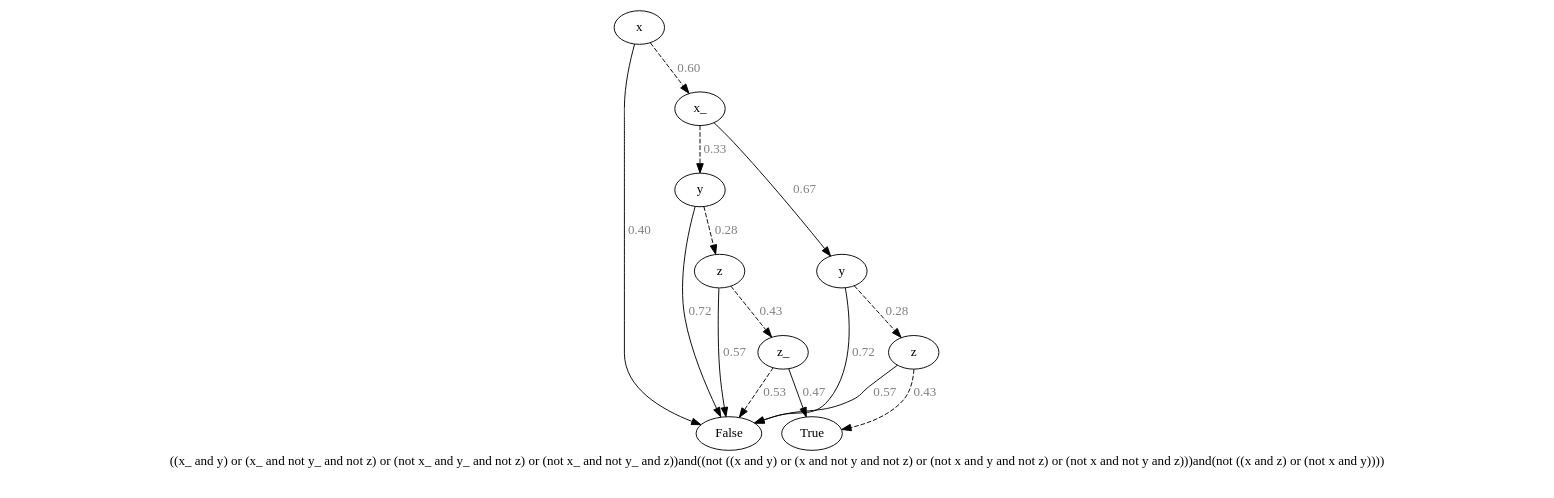
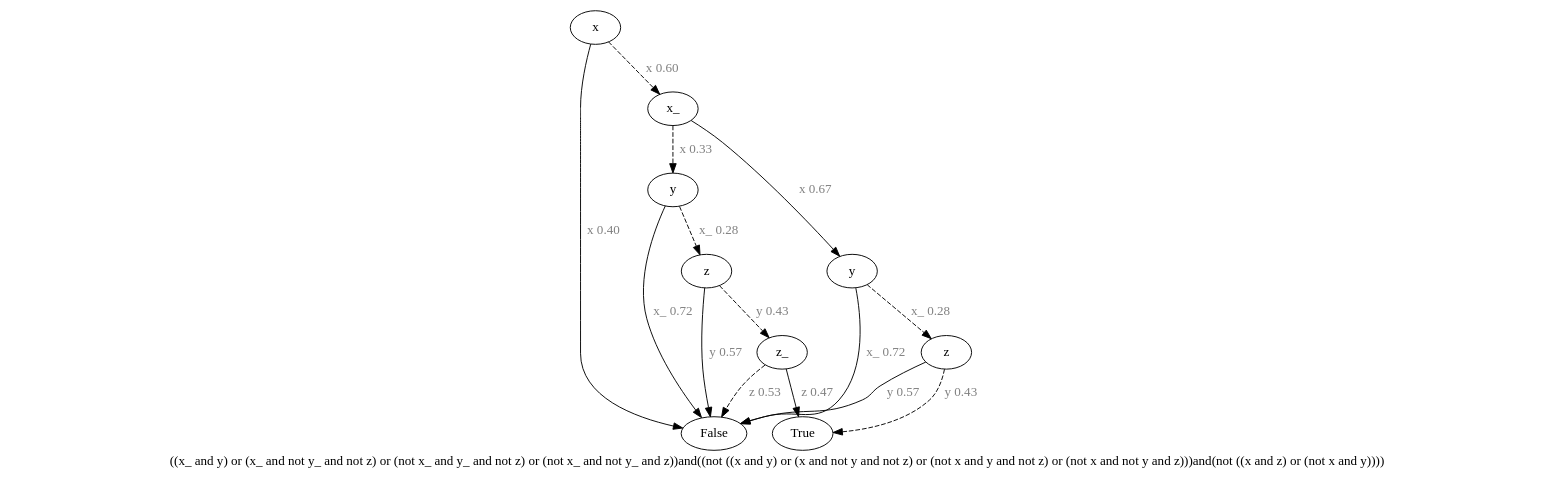
One commit to O1ez/IncreasingResilienceOfAutomatedVehicles changed the diagram in out/test1/end_5_bdd_fp.dot. Above: the diagram before and after it, drawn with Graphviz. The commit also changed 40 other files, not shown here.

```diff
--- a/out/test1/end_5_bdd_fp.dot
+++ b/out/test1/end_5_bdd_fp.dot
@@ -1,45 +1,45 @@
 digraph{
 label="((x_ and y) or (x_ and not y_ and not z) or (not x_ and y_ and not z) or (not x_ and not y_ and z))and((not ((x and y) or (x and not y and not z) or (not x and y and not z) or (not x and not y and z)))and(not ((x and z) or (not x and y))))\n\n"
-1192242500208[label=x]1192242500688[label="x_
+2201125781584[label=x]2201125784944[label="x_
 "]
-1192242500208 -> 1192242500688[style=dashed label="0.60" fontcolor = gray]
-1192242504368[label="y
+2201125781584 -> 2201125784944[style=dashed label=" x 0.60\n" fontcolor = gray]
+2201125786224[label="y
 "]
-1192242500688 -> 1192242504368[style=dashed label="0.33" fontcolor = gray]
-1192242501168[label="z
+2201125784944 -> 2201125786224[style=dashed label=" x 0.33\n" fontcolor = gray]
+2201125783344[label="z
 "]
-1192242504368 -> 1192242501168[style=dashed label="0.28" fontcolor = gray]
-1192242499888[label="z_
+2201125786224 -> 2201125783344[style=dashed label=" x_ 0.28\n" fontcolor = gray]
+2201125830896[label="z_
 "]
-1192242501168 -> 1192242499888[style=dashed label="0.43" fontcolor = gray]
-1192242500528[label="False
+2201125783344 -> 2201125830896[style=dashed label=" y 0.43\n" fontcolor = gray]
+2201125783664[label="False
 "]
-1192242499888 -> 1192242500528[style=dashed label="0.53" fontcolor = gray]
-1192242502928[label="True
+2201125830896 -> 2201125783664[style=dashed label=" z 0.53\n" fontcolor = gray]
+2201125782544[label="True
 "]
-1192242499888 -> 1192242502928 [label="0.47" fontcolor = gray]
-1192242500528[label="False
+2201125830896 -> 2201125782544 [label=" z 0.47\n" fontcolor = gray]
+2201125783664[label="False
 "]
-1192242501168 -> 1192242500528 [label="0.57" fontcolor = gray]
-1192242500528[label="False
+2201125783344 -> 2201125783664 [label=" y 0.57\n" fontcolor = gray]
+2201125783664[label="False
 "]
-1192242504368 -> 1192242500528 [label="0.72" fontcolor = gray]
-1192242500048[label="y
+2201125786224 -> 2201125783664 [label=" x_ 0.72\n" fontcolor = gray]
+2201125782384[label="y
 "]
-1192242500688 -> 1192242500048 [label="0.67" fontcolor = gray]
-1192242498608[label="z
+2201125784944 -> 2201125782384 [label=" x 0.67\n" fontcolor = gray]
+2201125838096[label="z
 "]
-1192242500048 -> 1192242498608[style=dashed label="0.28" fontcolor = gray]
-1192242502928[label="True
+2201125782384 -> 2201125838096[style=dashed label=" x_ 0.28\n" fontcolor = gray]
+2201125782544[label="True
 "]
-1192242498608 -> 1192242502928[style=dashed label="0.43" fontcolor = gray]
-1192242500528[label="False
+2201125838096 -> 2201125782544[style=dashed label=" y 0.43\n" fontcolor = gray]
+2201125783664[label="False
 "]
-1192242498608 -> 1192242500528 [label="0.57" fontcolor = gray]
-1192242500528[label="False
+2201125838096 -> 2201125783664 [label=" y 0.57\n" fontcolor = gray]
+2201125783664[label="False
 "]
-1192242500048 -> 1192242500528 [label="0.72" fontcolor = gray]
-1192242500528[label="False
+2201125782384 -> 2201125783664 [label=" x_ 0.72\n" fontcolor = gray]
+2201125783664[label="False
 "]
-1192242500208 -> 1192242500528 [label="0.40" fontcolor = gray]
+2201125781584 -> 2201125783664 [label=" x 0.40\n" fontcolor = gray]
 }
```
